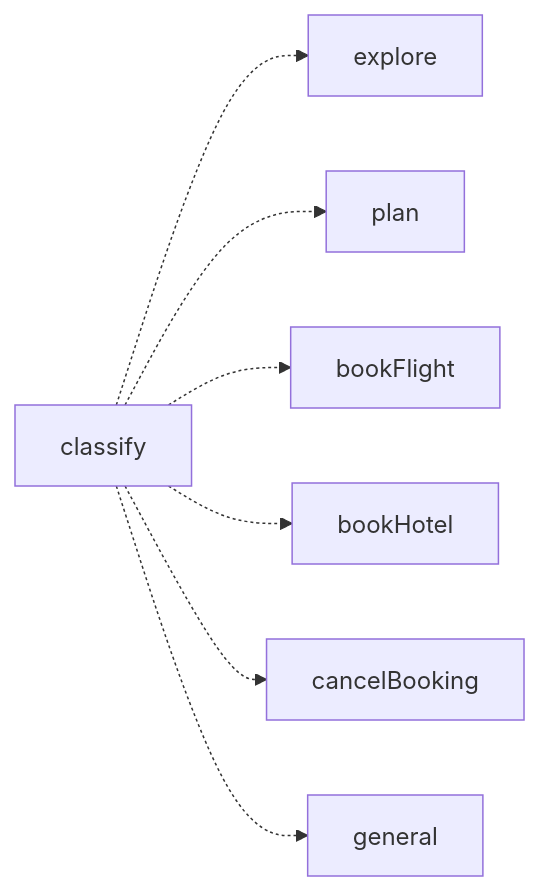
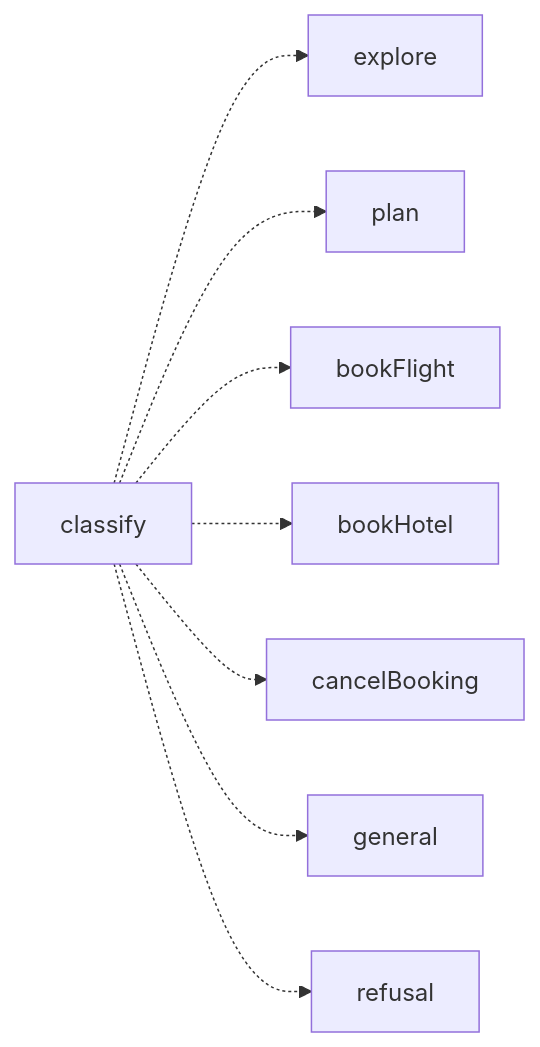
The second of 3 diagrams in docs/flows/01-intent-routing-supervisor.md (nguyentrathao-agilityio/travel-assistant), drawn with Mermaid before and after one commit. The commit also changed other lines of this file and 16 other files, not shown here.

````diff
--- a/docs/flows/01-intent-routing-supervisor.md
+++ b/docs/flows/01-intent-routing-supervisor.md
@@ -29,9 +33,10 @@
 ```mermaid
 flowchart LR
     classify -.-> explore
     classify -.-> plan
     classify -.-> bookFlight
     classify -.-> bookHotel
     classify -.-> cancelBooking
     classify -.-> general
+    classify -.-> refusal
 ```
````
